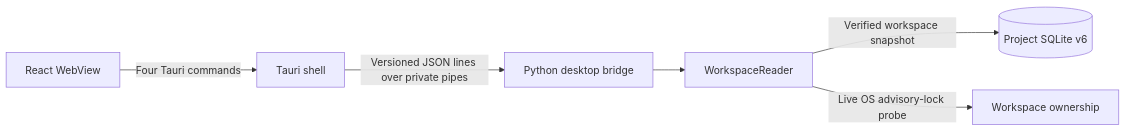
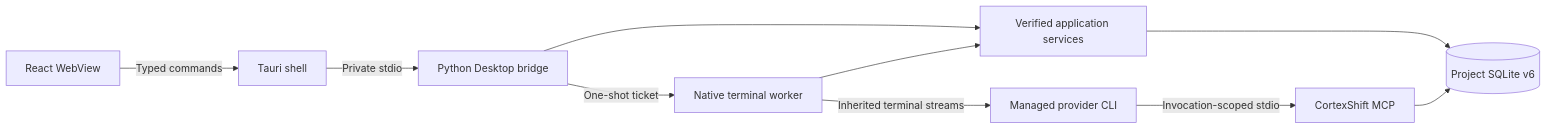
One commit to batuhanasmakaya/CortexShift changed the diagram in docs/desktop/ipc.md. Above: the diagram before and after it, drawn with Mermaid. The commit also changed other lines of this file and 38 other files, not shown here.

First line of the commit message:
feat: add visual agent control to CortexShift Desktop (#28)

````diff
--- a/docs/desktop/ipc.md
+++ b/docs/desktop/ipc.md
@@ -5,8 +3,12 @@
 ```mermaid
 flowchart LR
-    View[React WebView] -->|Four Tauri commands| Shell[Tauri shell]
-    Shell -->|Versioned JSON lines over private pipes| Bridge[Python desktop bridge]
-    Bridge --> Queries[WorkspaceReader]
-    Queries -->|Verified workspace snapshot| State[(Project SQLite v6)]
-    Queries -->|Live OS advisory-lock probe| Lease[Workspace ownership]
+    View[React WebView] -->|Typed commands| Shell[Tauri shell]
+    Shell -->|Private stdio| Bridge[Python Desktop bridge]
+    Bridge --> Queries[Verified application services]
+    Queries --> State[(Project SQLite v6)]
+    Bridge -->|One-shot ticket| Terminal[Native terminal worker]
+    Terminal -->|Inherited terminal streams| CLI[Managed provider CLI]
+    Terminal --> Queries
+    CLI -->|Invocation-scoped stdio| MCP[CortexShift MCP]
+    MCP --> State
 ```
````
